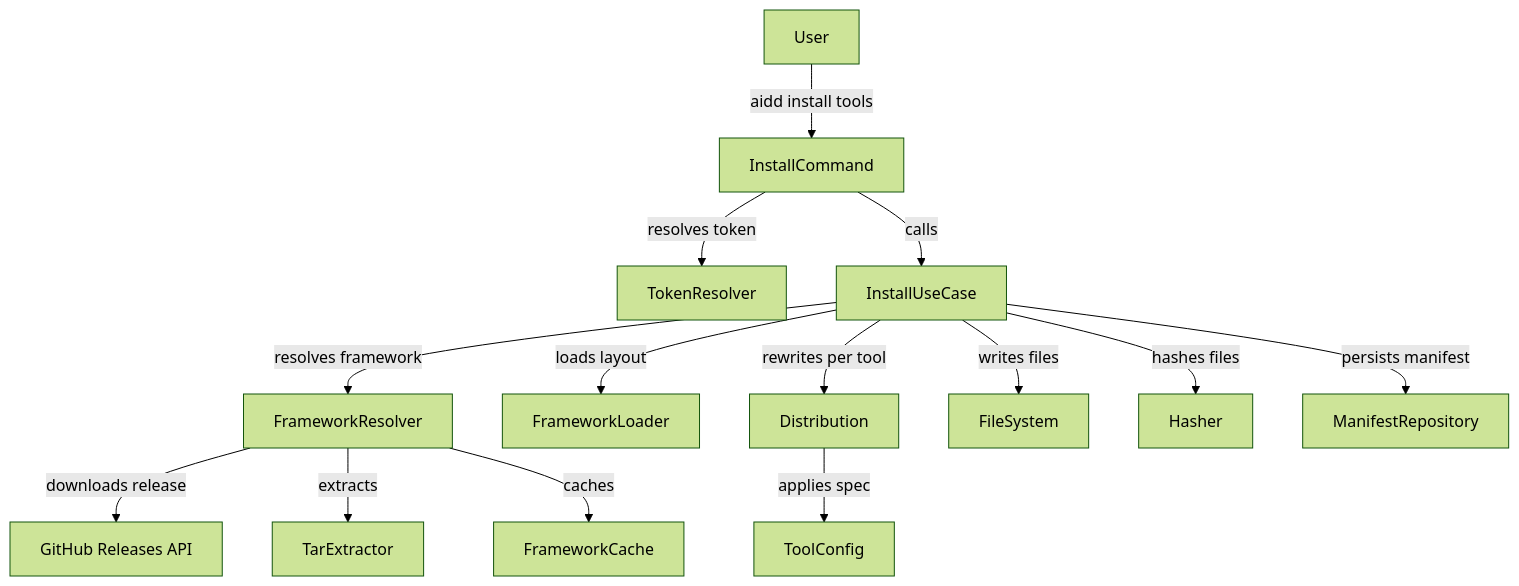
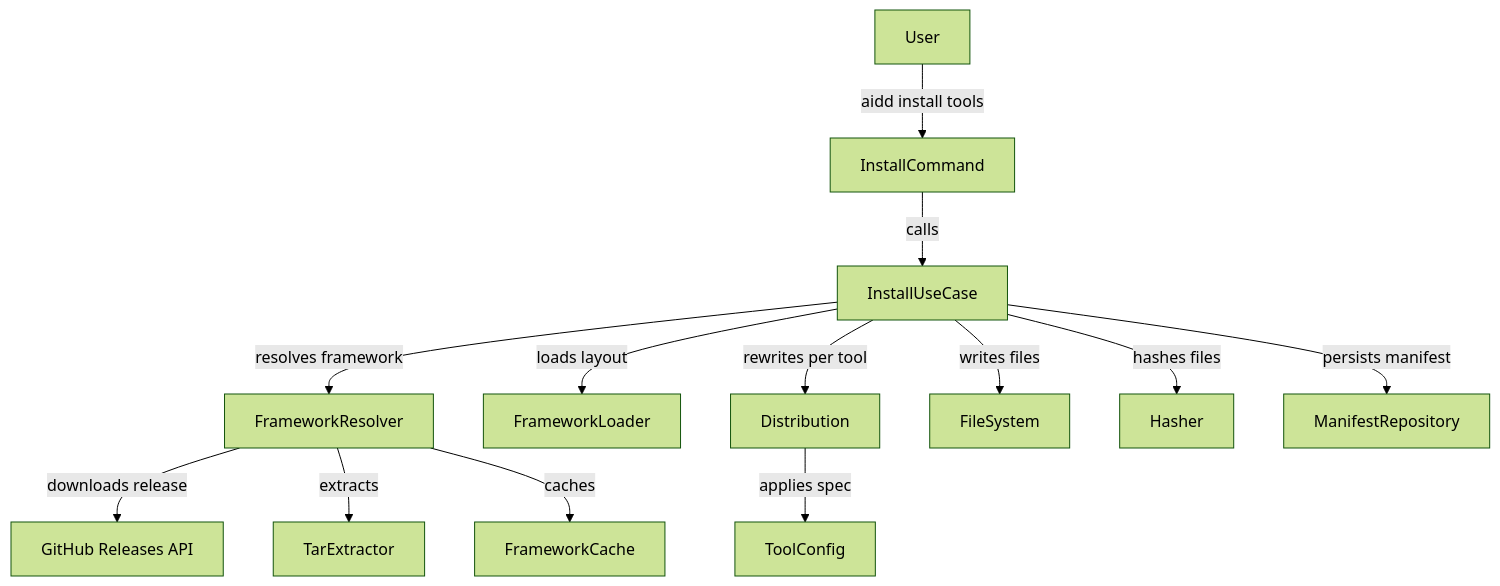
One commit to ai-driven-dev/framework changed the third of 3 diagrams in aidd_docs/memory/architecture.md. Above: the diagram before and after it, drawn with Mermaid (forest theme). The commit also changed other lines of this file and 7 other files, not shown here.

````diff
--- a/aidd_docs/memory/architecture.md
+++ b/aidd_docs/memory/architecture.md
@@ -110,16 +112,15 @@
 ```mermaid
 flowchart TD
     User["User"] -->|aidd install tools| InstallCmd["InstallCommand"]
-    InstallCmd -->|resolves token| TokenRes["TokenResolver"]
     InstallCmd -->|calls| InstallUC["InstallUseCase"]
     InstallUC -->|resolves framework| FrameworkRes["FrameworkResolver"]
     FrameworkRes -->|downloads release| GH["GitHub Releases API"]
     FrameworkRes -->|extracts| Tar["TarExtractor"]
     FrameworkRes -->|caches| Cache["FrameworkCache"]
     InstallUC -->|loads layout| FrameworkLdr["FrameworkLoader"]
     InstallUC -->|rewrites per tool| Distrib["Distribution"]
     Distrib -->|applies spec| ToolCfg["ToolConfig"]
     InstallUC -->|writes files| FS["FileSystem"]
     InstallUC -->|hashes files| Hshr["Hasher"]
     InstallUC -->|persists manifest| ManifRepo["ManifestRepository"]
 ```
````
